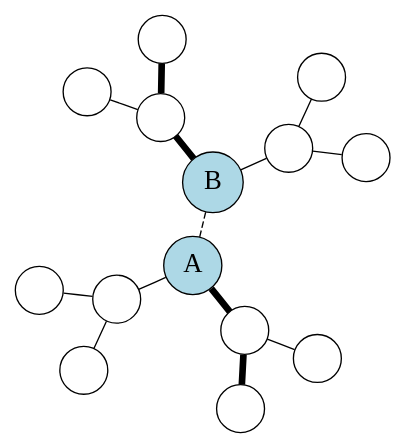
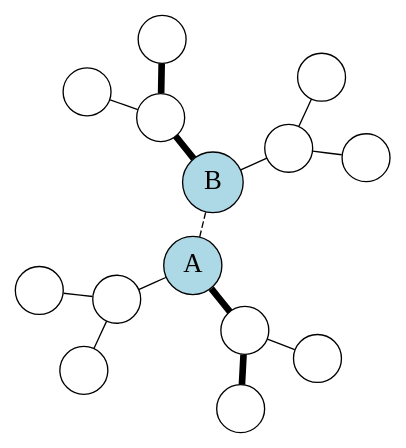
Before and after one commit to lea11100/Shapley4TGNN: the diagram in Documents/Graphs/TGNN_Example.dot, drawn with Graphviz. The commit also changed 7 other files, not shown here.

Commit message:
Update graph prints

```diff
--- a/Documents/Graphs/TGNN_Example.dot
+++ b/Documents/Graphs/TGNN_Example.dot
@@ -1,37 +1,37 @@
 graph G {
     // Layout options
     layout=neato;
     overlap=false;
     splines=true;
     
     node[label="", shape=circle, fontsize=20]
-    edge[fontsize=30]
+    edge[fontsize=30, len=0.15]
 
     // Main nodes
     A [shape=circle, style=filled, fillcolor=lightblue, label="A"];
     B [shape=circle, style=filled, fillcolor=lightblue, label="B"];
 
     // Direct connection between main nodes
     A -- B[style="dashed"];
 
     // One-hop neighbors
     A1; A2; B1; B2;
     A -- A1 [penwidth="5", color="1"];
     A -- A2 [color="5"];
     B -- B1 [penwidth="5", color="5"];
     B -- B2 [color="5"];
 
     // Two-hop neighbors (connected to one-hop nodes)
     A1a; A1b; A2a; A2b;
     B1a; B1b; B2a; B2b;
 
     A1 -- A1a [penwidth="5", color="5"]
     A1 -- A1b [color="5"];
     A2 -- A2a [color="5"];
     A2 -- A2b [color="5"];
 
     B1 -- B1a [color="1"];
     B1 -- B1b [penwidth="5", color="1"];
     B2 -- B2a [color="1"];
     B2 -- B2b [color="1"];
 }
```
